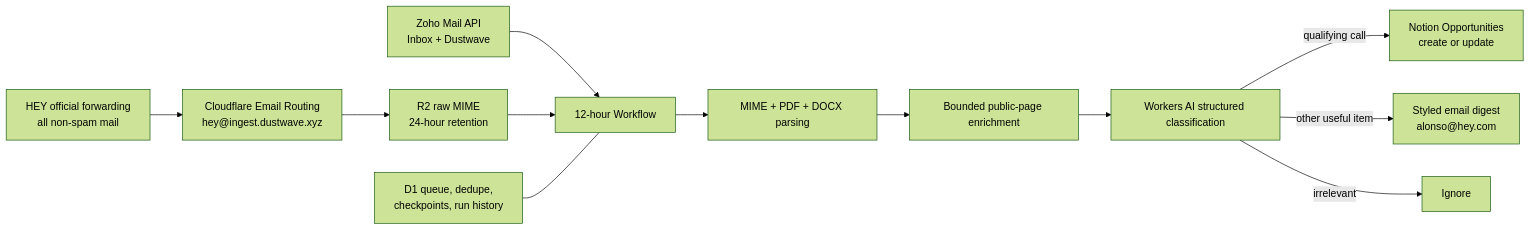
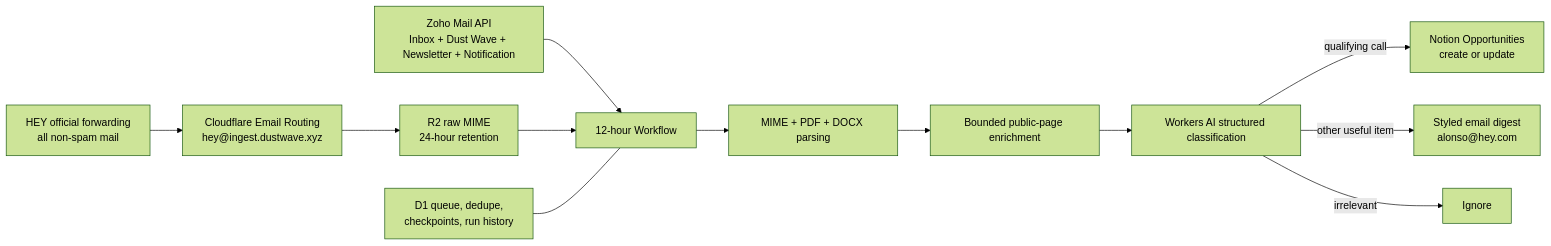
Before and after one commit to aindaco1/dust-wave-opportunity-radar: the diagram in README.md, drawn with Mermaid (forest theme). The commit also changed other lines of this file and 3 other files, not shown here.

````diff
--- a/README.md
+++ b/README.md
@@ -9,14 +9,14 @@
 ```mermaid
 flowchart LR
   HEY["HEY official forwarding<br/>all non-spam mail"] --> ER["Cloudflare Email Routing<br/>hey@ingest.dustwave.xyz"]
-  Zoho["Zoho Mail API<br/>Inbox + Dustwave"] --> WF["12-hour Workflow"]
+  Zoho["Zoho Mail API<br/>Inbox + Dust Wave + Newsletter + Notification"] --> WF["12-hour Workflow"]
   ER --> R2["R2 raw MIME<br/>24-hour retention"]
   R2 --> WF
   WF --> Parse["MIME + PDF + DOCX parsing"]
   Parse --> Web["Bounded public-page enrichment"]
   Web --> AI["Workers AI structured classification"]
   AI -->|"qualifying call"| Notion["Notion Opportunities<br/>create or update"]
   AI -->|"other useful item"| Digest["Styled email digest<br/>alonso@hey.com"]
   AI -->|"irrelevant"| Ignore["Ignore"]
   D1["D1 queue, dedupe,<br/>checkpoints, run history"] --- WF
 ```
````
